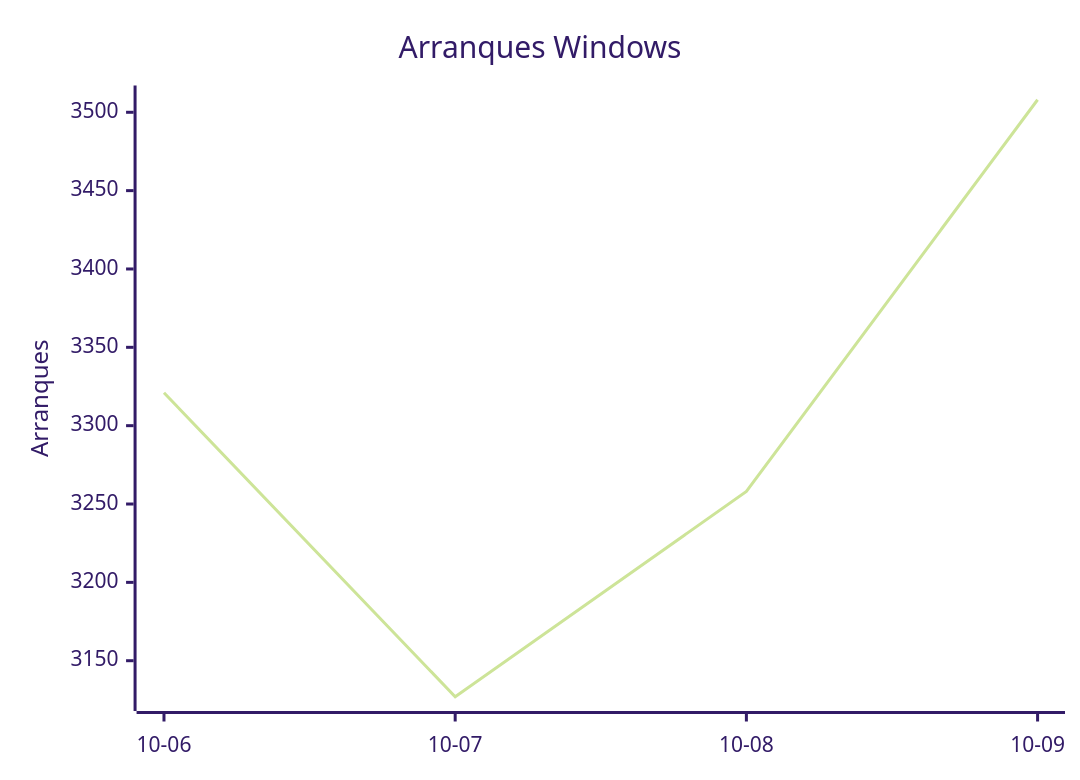
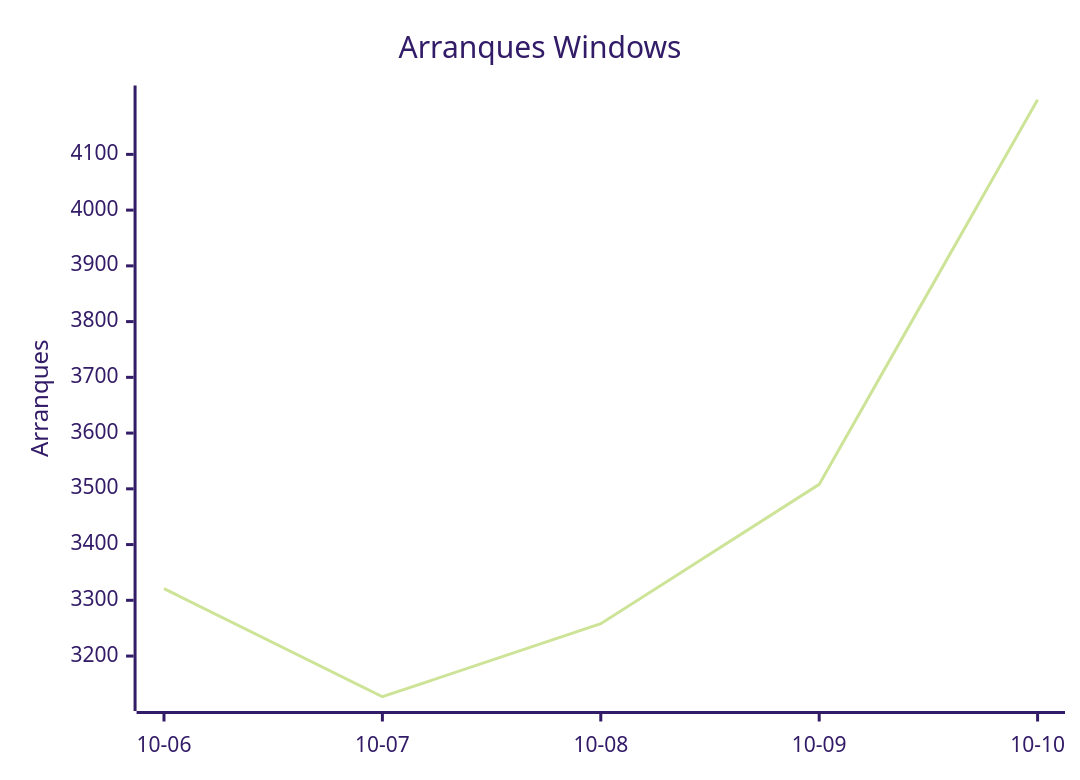
The third of 8 diagrams in README.md (EmuDeck/stats), drawn with Mermaid (forest theme) before and after one commit. The commit also changed other lines of this file and 2 other files, not shown here.

````diff
--- a/README.md
+++ b/README.md
@@ -34,7 +34,7 @@
 ```mermaid
 xychart-beta
     title "Arranques Windows"
-    x-axis ["10-06", "10-07", "10-08", "10-09"]
+    x-axis ["10-06", "10-07", "10-08", "10-09", "10-10"]
     y-axis "Arranques"
-    line [3321, 3127, 3258, 3508]
+    line [3321, 3127, 3258, 3508, 4198]
 ```
````
